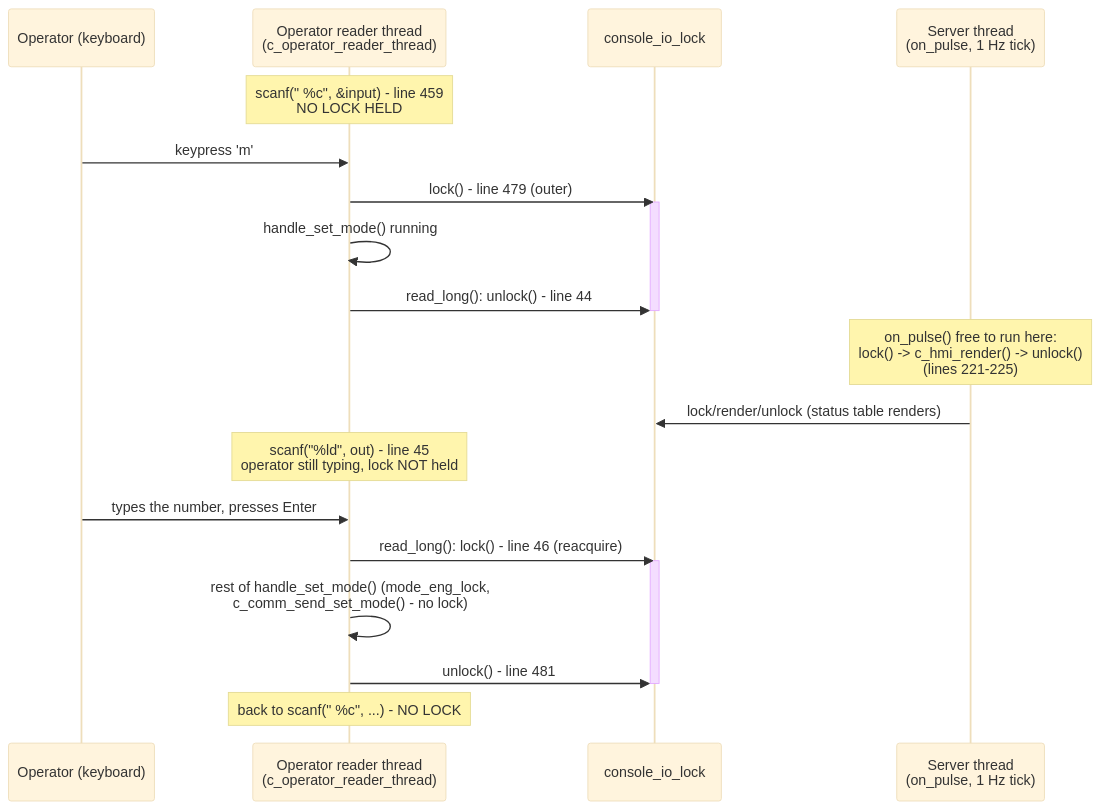
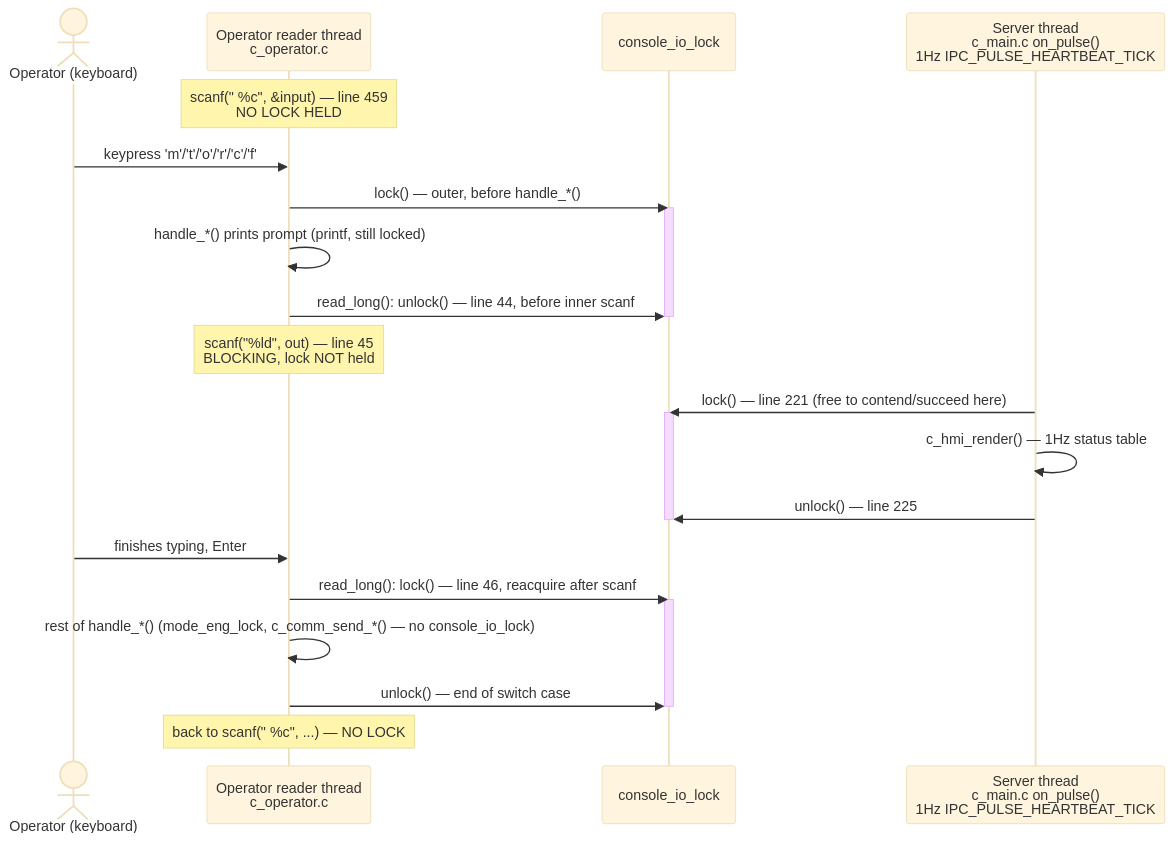
The diagram in docs/flow-diagrams/F-05-operator-console-dispatch.md (lucietran03/traffic-control-system), drawn with Mermaid (base theme) before and after one commit. The commit also changed other lines of this file and 22 other files, not shown here.

First line of the commit message:
Restyle flow-diagram docs: diagram-first, minimal prose

````diff
--- a/docs/flow-diagrams/F-05-operator-console-dispatch.md
+++ b/docs/flow-diagrams/F-05-operator-console-dispatch.md
@@ -150,25 +7,28 @@
 ```mermaid
 sequenceDiagram
-    participant Op as Operator (keyboard)
-    participant RT as Operator reader thread<br/>(c_operator_reader_thread)
+    actor Op as Operator (keyboard)
+    participant RT as Operator reader thread<br/>c_operator.c
     participant Lock as console_io_lock
-    participant ST as Server thread<br/>(on_pulse, 1 Hz tick)
+    participant ST as Server thread<br/>c_main.c on_pulse()<br/>1Hz IPC_PULSE_HEARTBEAT_TICK
 
-    Note over RT: scanf(" %c", &input) - line 459<br/>NO LOCK HELD
-    Op->>RT: keypress 'm'
-    RT->>Lock: lock() - line 479 (outer)
+    Note over RT: scanf(" %c", &input) — line 459<br/>NO LOCK HELD
+    Op->>RT: keypress 'm'/'t'/'o'/'r'/'c'/'f'
+    RT->>Lock: lock() — outer, before handle_*()
     activate Lock
-    RT->>RT: handle_set_mode() running
-    RT->>Lock: read_long(): unlock() - line 44
+    RT->>RT: handle_*() prints prompt (printf, still locked)
+    RT->>Lock: read_long(): unlock() — line 44, before inner scanf
     deactivate Lock
-    Note over ST: on_pulse() free to run here:<br/>lock() -> c_hmi_render() -> unlock()<br/>(lines 221-225)
-    ST->>Lock: lock/render/unlock (status table renders)
-    Note over RT: scanf("%ld", out) - line 45<br/>operator still typing, lock NOT held
-    Op->>RT: types the number, presses Enter
-    RT->>Lock: read_long(): lock() - line 46 (reacquire)
+    Note over RT: scanf("%ld", out) — line 45<br/>BLOCKING, lock NOT held
+    ST->>Lock: lock() — line 221 (free to contend/succeed here)
     activate Lock
-    RT->>RT: rest of handle_set_mode() (mode_eng_lock,<br/>c_comm_send_set_mode() - no lock)
-    RT->>Lock: unlock() - line 481
+    ST->>ST: c_hmi_render() — 1Hz status table
+    ST->>Lock: unlock() — line 225
     deactivate Lock
-    Note over RT: back to scanf(" %c", ...) - NO LOCK
+    Op->>RT: finishes typing, Enter
+    RT->>Lock: read_long(): lock() — line 46, reacquire after scanf
+    activate Lock
+    RT->>RT: rest of handle_*() (mode_eng_lock, c_comm_send_*() — no console_io_lock)
+    RT->>Lock: unlock() — end of switch case
+    deactivate Lock
+    Note over RT: back to scanf(" %c", ...) — NO LOCK
 ```
````
